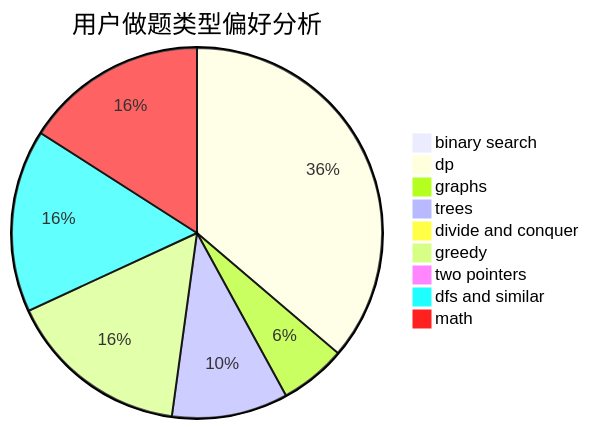
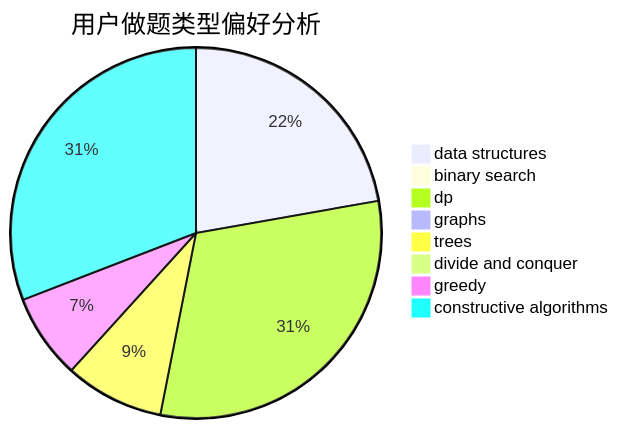
The second of 3 diagrams in docs/user/u2388.md (sherpahu/cfrs.github.io), drawn with Mermaid before and after one commit. The commit also changed other lines of this file and 2775 other files, not shown here.

````diff
--- a/docs/user/u2388.md
+++ b/docs/user/u2388.md
@@ -23,12 +23,11 @@
 ```mermaid
 pie title 用户做题类型偏好分析
+    "data structures" :  18
     "binary search" :  0
     "dp" :  25
-    "graphs" :  4
+    "graphs" :  0
     "trees" :  7
     "divide and conquer" :  0
-    "greedy" :  11
-    "two pointers" :  0
-    "dfs and similar" :  11
-    "math" :  11
+    "greedy" :  6
+    "constructive algorithms" :  25
 ```
````
